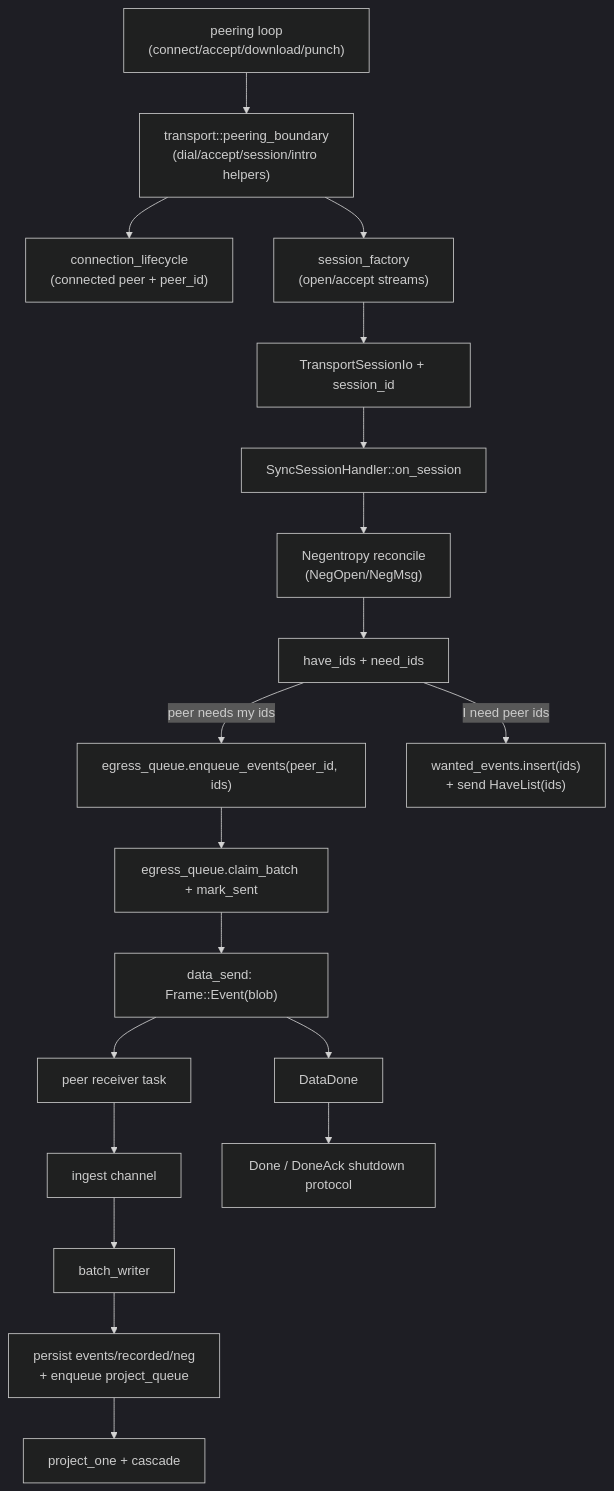
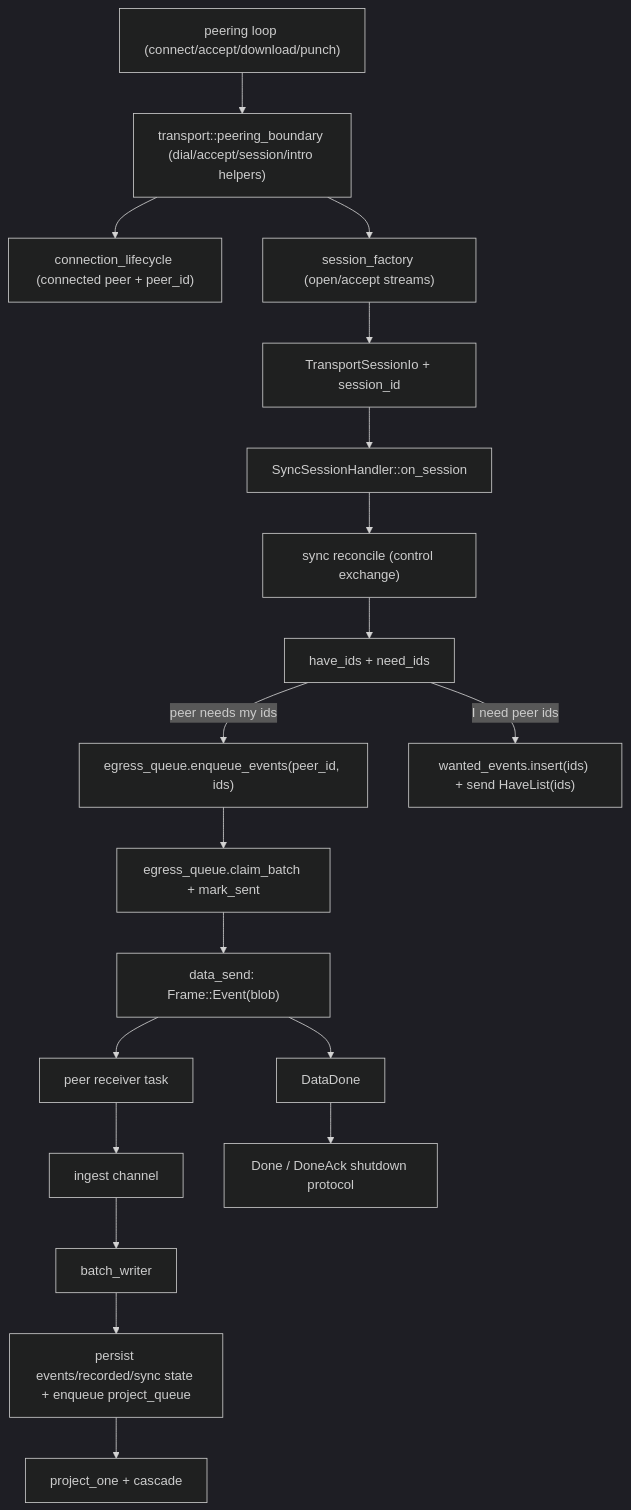
One commit to holmesworcester/topo changed the third of 4 diagrams in docs/CURRENT_RUNTIME_DIAGRAM.md. Above: the diagram before and after it, drawn with Mermaid (dark theme). The commit also changed other lines of this file, not shown here.

Commit message:
Add control-plane and event-pipeline boundaries to topology diagram

````diff
--- a/docs/CURRENT_RUNTIME_DIAGRAM.md
+++ b/docs/CURRENT_RUNTIME_DIAGRAM.md
@@ -65,26 +65,26 @@
 ```mermaid
 flowchart TD
-    PEER["peering loop\n(connect/accept/download/punch)"] --> BOUND["transport::peering_boundary\n(dial/accept/session/intro helpers)"]
-    BOUND --> LIFE["connection_lifecycle\n(connected peer + peer_id)"]
-    BOUND --> FACT["session_factory\n(open/accept streams)"]
+    PEER["peering loop (connect/accept/download/punch)"] --> BOUND["transport::peering_boundary (dial/accept/session/intro helpers)"]
+    BOUND --> LIFE["connection_lifecycle (connected peer + peer_id)"]
+    BOUND --> FACT["session_factory (open/accept streams)"]
     FACT --> IO["TransportSessionIo + session_id"]
     IO --> HANDLER["SyncSessionHandler::on_session"]
 
-    HANDLER --> NEG["Negentropy reconcile\n(NegOpen/NegMsg)"]
-    NEG --> IDS["have_ids + need_ids"]
+    HANDLER --> SYNC_RECON["sync reconcile (control exchange)"]
+    SYNC_RECON --> IDS["have_ids + need_ids"]
 
     IDS -->|peer needs my ids| ENQ["egress_queue.enqueue_events(peer_id, ids)"]
-    IDS -->|I need peer ids| HAVE["wanted_events.insert(ids)\n+ send HaveList(ids)"]
+    IDS -->|I need peer ids| HAVE["wanted_events.insert(ids) + send HaveList(ids)"]
 
     ENQ --> CLAIM["egress_queue.claim_batch + mark_sent"]
     CLAIM --> OUT["data_send: Frame::Event(blob)"]
     OUT --> RX["peer receiver task"]
     RX --> IN["ingest channel"]
 
     IN --> WRITER["batch_writer"]
-    WRITER --> STORE["persist events/recorded/neg\n+ enqueue project_queue"]
+    WRITER --> STORE["persist events/recorded/sync state + enqueue project_queue"]
     STORE --> PROJ["project_one + cascade"]
 
     OUT --> DD["DataDone"]
     DD --> SHUT["Done / DoneAck shutdown protocol"]
 ```
````
